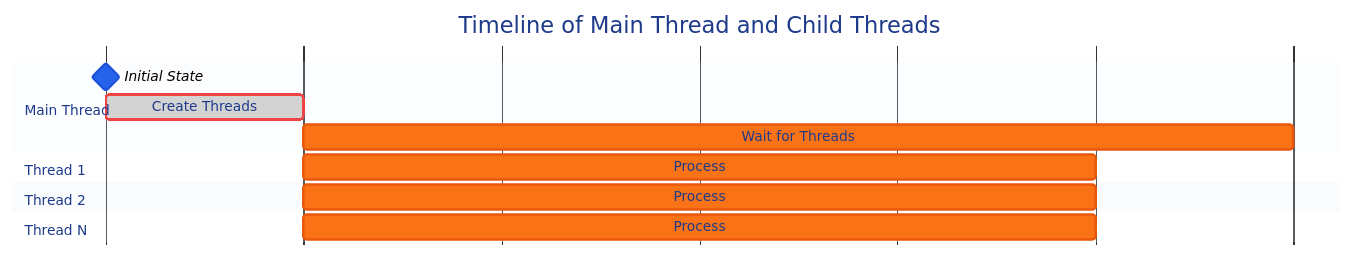
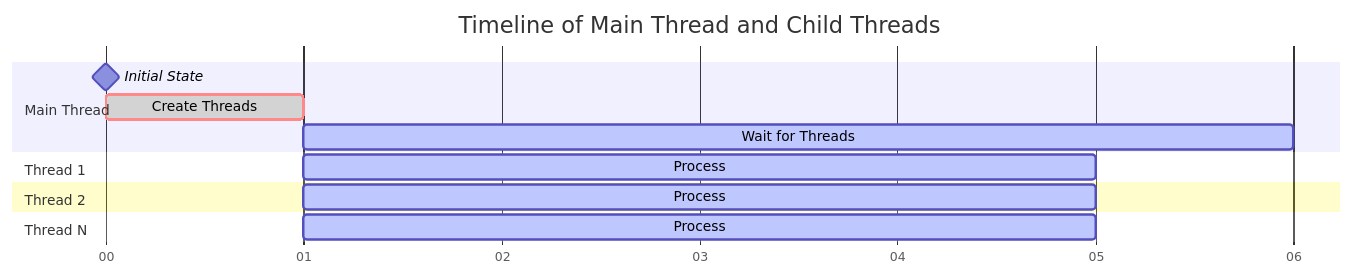
One commit to rain1024/python-adventure changed the fourth of 5 diagrams in README.md. Above: the diagram before and after it, drawn with Mermaid. The commit also changed other lines of this file and 3 other files, not shown here.

````diff
--- a/README.md
+++ b/README.md
@@ -182,53 +189,21 @@
 ```mermaid
 gantt
     title Timeline of Main Thread and Child Threads
     dateFormat s
     axisFormat %S
     tickInterval 1second
 
-    %% Colors from Tailwind CSS
-    %% Main Thread - Blue
     section Main Thread
     Initial State :milestone, m0, 0, 0s
     Create Threads :crit, done, a1, 0, 1s
     Wait for Threads :active, a2, after a1, 5s
 
-    %% Thread 1 - Red
     section Thread 1
     Process :active, t1, after a1, 4s
 
-    %% Thread 2 - Orange
     section Thread 2
     Process :active, t2, after a1, 4s
 
-    %% Thread 3 - Yellow
     section Thread N
     Process :active, t3, after a1, 4s
-
-    %% Styling
-    %%{ init: { 
-        'theme': 'base',
-        'themeVariables': {
-            'primaryColor': '#2563eb',
-            'primaryTextColor': '#ffffff',
-            'primaryBorderColor': '#1d4ed8',
-            'secondaryColor': '#3b82f6',
-            'secondaryTextColor': '#ffffff',
-            'secondaryBorderColor': '#2563eb',
-            'tertiaryColor': '#60a5fa',
-            'tertiaryTextColor': '#1e3a8a',
-            'tertiaryBorderColor': '#3b82f6',
-            'critBorderColor': '#ef4444',
-            'critBkgColor': '#dc2626',
-            'activeTaskBkgColor': '#f97316',
-            'activeTaskBorderColor': '#ea580c',
-            'taskTextColor': '#ffffff',
-            'taskTextOutsideColor': '#000000',
-            'taskTextLightColor': '#ffffff',
-            'taskTextDarkColor': '#1e3a8a',
-            'sectionBkgColor': '#f1f5f9',
-            'sectionBkgColor2': '#e2e8f0',
-            'todayLineColor': '#94a3b8'
-        }
-    } }%%
 ```
````
